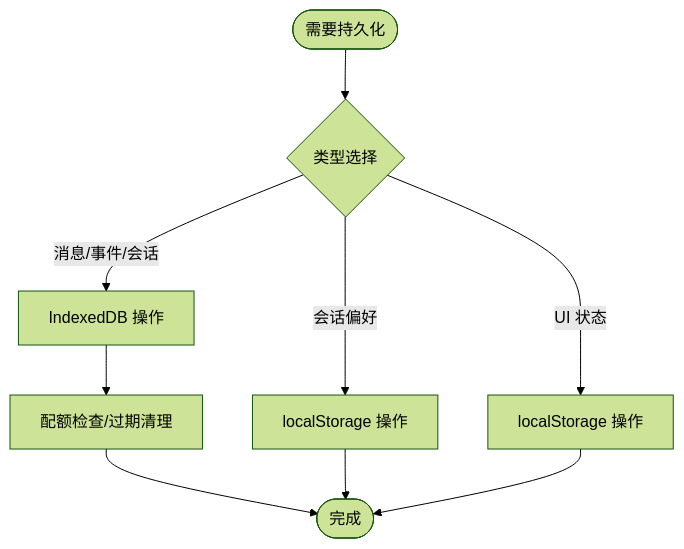
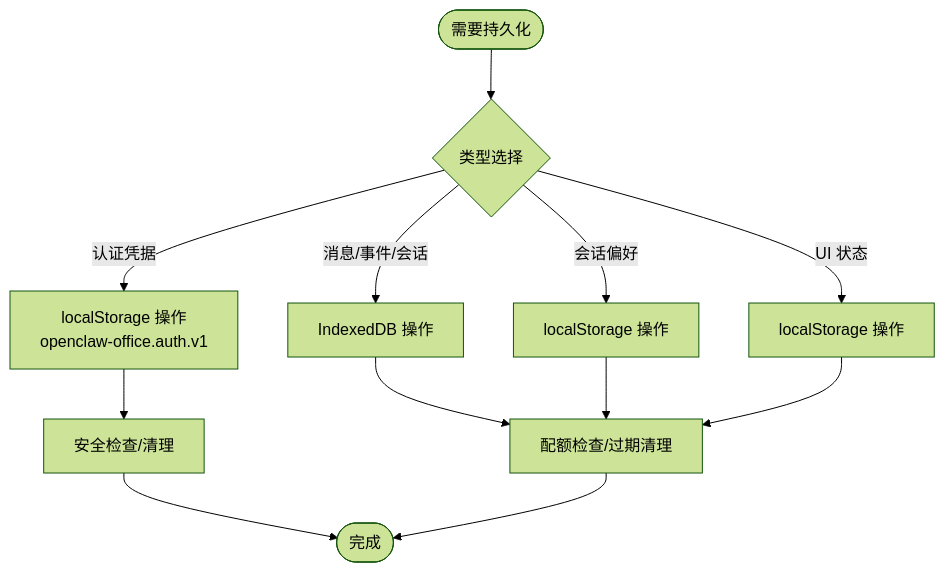
The tenth of 11 diagrams in .qoder/repowiki/zh/content/状态管理系统/状态管理系统.md (WW-AI-Lab/openclaw-office), drawn with Mermaid (forest theme) before and after one commit. The commit also changed other lines of this file and 9 other files, not shown here.

````diff
--- a/.qoder/repowiki/zh/content/状态管理系统/状态管理系统.md
+++ b/.qoder/repowiki/zh/content/状态管理系统/状态管理系统.md
@@ -484,11 +617,14 @@
 ```mermaid
 flowchart TD
 Start(["需要持久化"]) --> Type{"类型选择"}
 Type --> |消息/事件/会话| IDB["IndexedDB 操作"]
 Type --> |会话偏好| LS["localStorage 操作"]
 Type --> |UI 状态| LS2["localStorage 操作"]
+Type --> |认证凭据| LS3["localStorage 操作<br/>openclaw-office.auth.v1"]
 IDB --> Limit["配额检查/过期清理"]
-Limit --> End(["完成"])
-LS --> End
-LS2 --> End
+LS --> Limit
+LS2 --> Limit
+LS3 --> Security["安全检查/清理"]
+Security --> End(["完成"])
+Limit --> End
 ```
````
